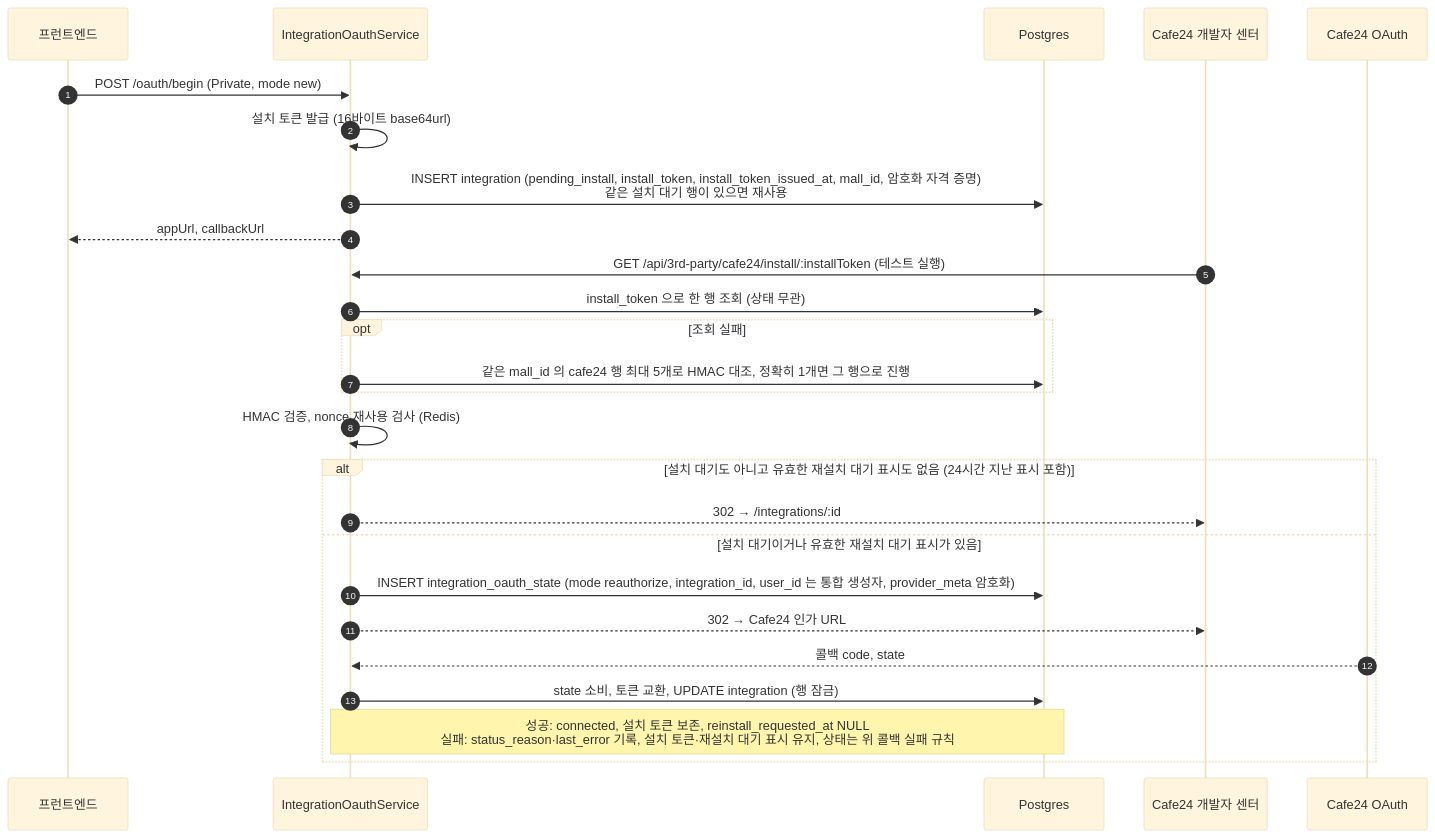
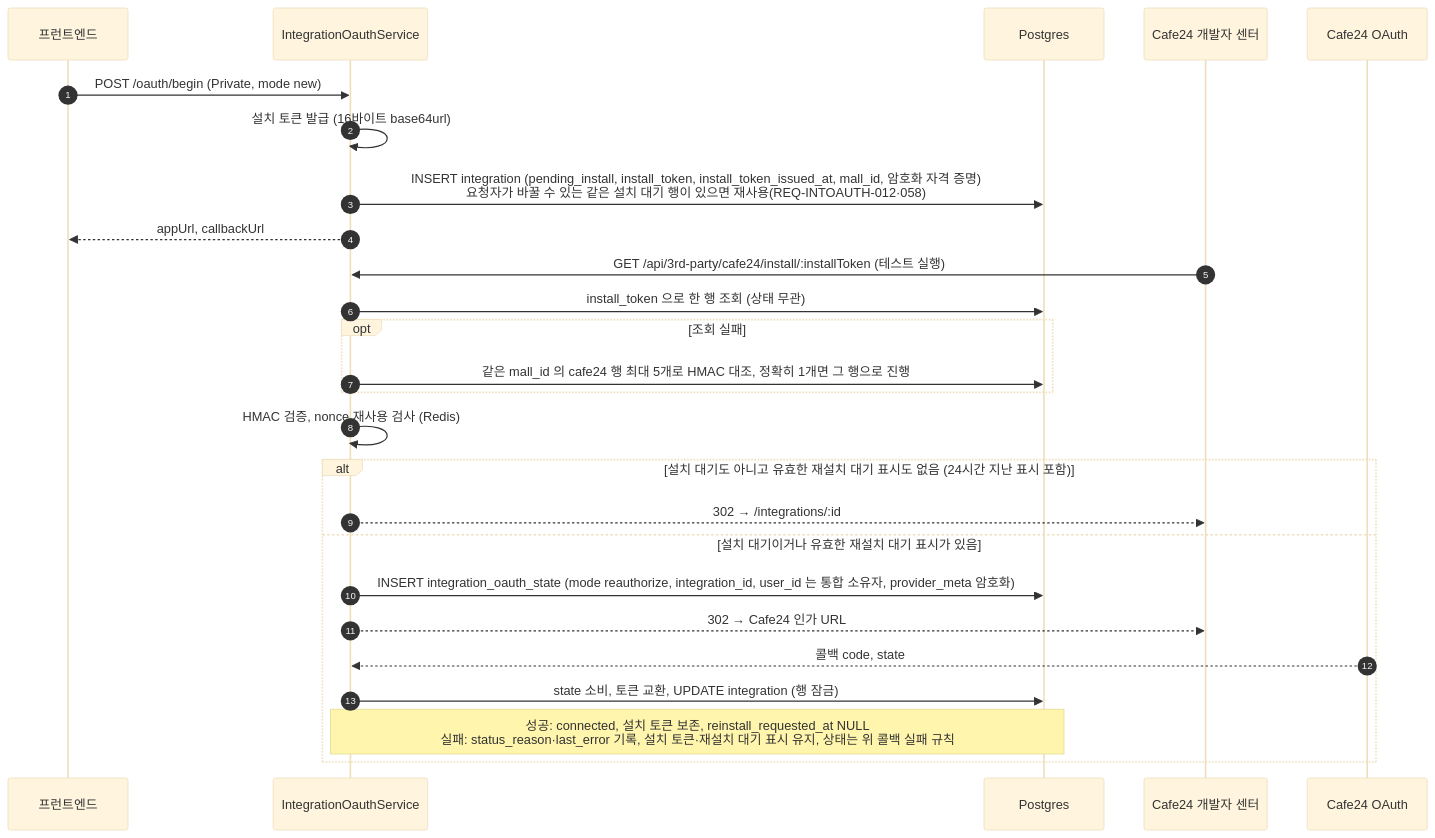
One commit to worker-ants/clemvion changed the fourth of 6 diagrams in spec/CLE-INT/CLE-INT-DATA.md. Above: the diagram before and after it, drawn with Mermaid (base theme). The commit also changed other lines of this file and 23 other files, not shown here.

````diff
--- a/spec/CLE-INT/CLE-INT-DATA.md
+++ b/spec/CLE-INT/CLE-INT-DATA.md
@@ -349,28 +349,28 @@
 ```mermaid
 sequenceDiagram
   autonumber
   participant FE as 프런트엔드
   participant Svc as IntegrationOauthService
   participant PG as Postgres
   participant CDev as Cafe24 개발자 센터
   participant Prov as Cafe24 OAuth
   FE->>Svc: POST /oauth/begin (Private, mode new)
   Svc->>Svc: 설치 토큰 발급 (16바이트 base64url)
-  Svc->>PG: INSERT integration (pending_install, install_token, install_token_issued_at, mall_id, 암호화 자격 증명)<br/>같은 설치 대기 행이 있으면 재사용
+  Svc->>PG: INSERT integration (pending_install, install_token, install_token_issued_at, mall_id, 암호화 자격 증명)<br/>요청자가 바꿀 수 있는 같은 설치 대기 행이 있으면 재사용(REQ-INTOAUTH-012·058)
   Svc-->>FE: appUrl, callbackUrl
   CDev->>Svc: GET /api/3rd-party/cafe24/install/:installToken (테스트 실행)
   Svc->>PG: install_token 으로 한 행 조회 (상태 무관)
   opt 조회 실패
     Svc->>PG: 같은 mall_id 의 cafe24 행 최대 5개로 HMAC 대조, 정확히 1개면 그 행으로 진행
   end
   Svc->>Svc: HMAC 검증, nonce 재사용 검사 (Redis)
   alt 설치 대기도 아니고 유효한 재설치 대기 표시도 없음 (24시간 지난 표시 포함)
     Svc-->>CDev: 302 → /integrations/:id
   else 설치 대기이거나 유효한 재설치 대기 표시가 있음
-    Svc->>PG: INSERT integration_oauth_state (mode reauthorize, integration_id, user_id 는 통합 생성자, provider_meta 암호화)
+    Svc->>PG: INSERT integration_oauth_state (mode reauthorize, integration_id, user_id 는 통합 소유자, provider_meta 암호화)
     Svc-->>CDev: 302 → Cafe24 인가 URL
     Prov-->>Svc: 콜백 code, state
     Svc->>PG: state 소비, 토큰 교환, UPDATE integration (행 잠금)
     Note over Svc,PG: 성공: connected, 설치 토큰 보존, reinstall_requested_at NULL<br/>실패: status_reason·last_error 기록, 설치 토큰·재설치 대기 표시 유지, 상태는 위 콜백 실패 규칙
   end
 ```
````
